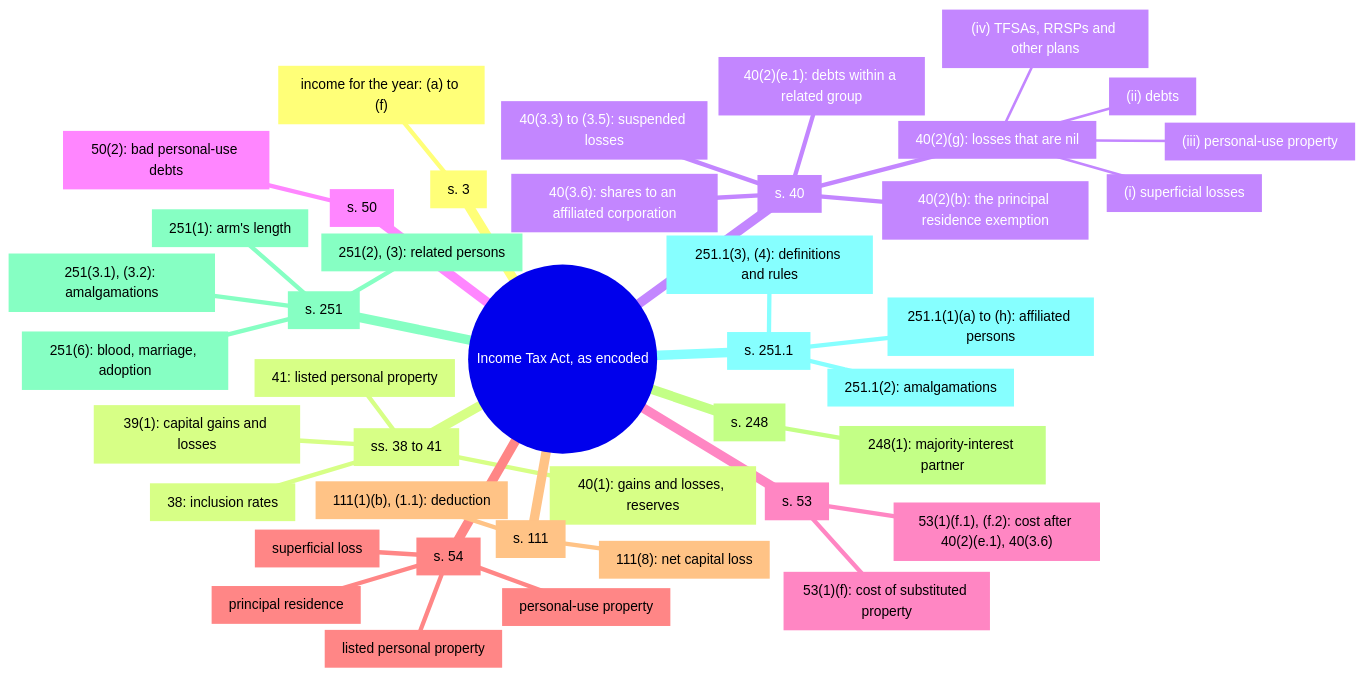
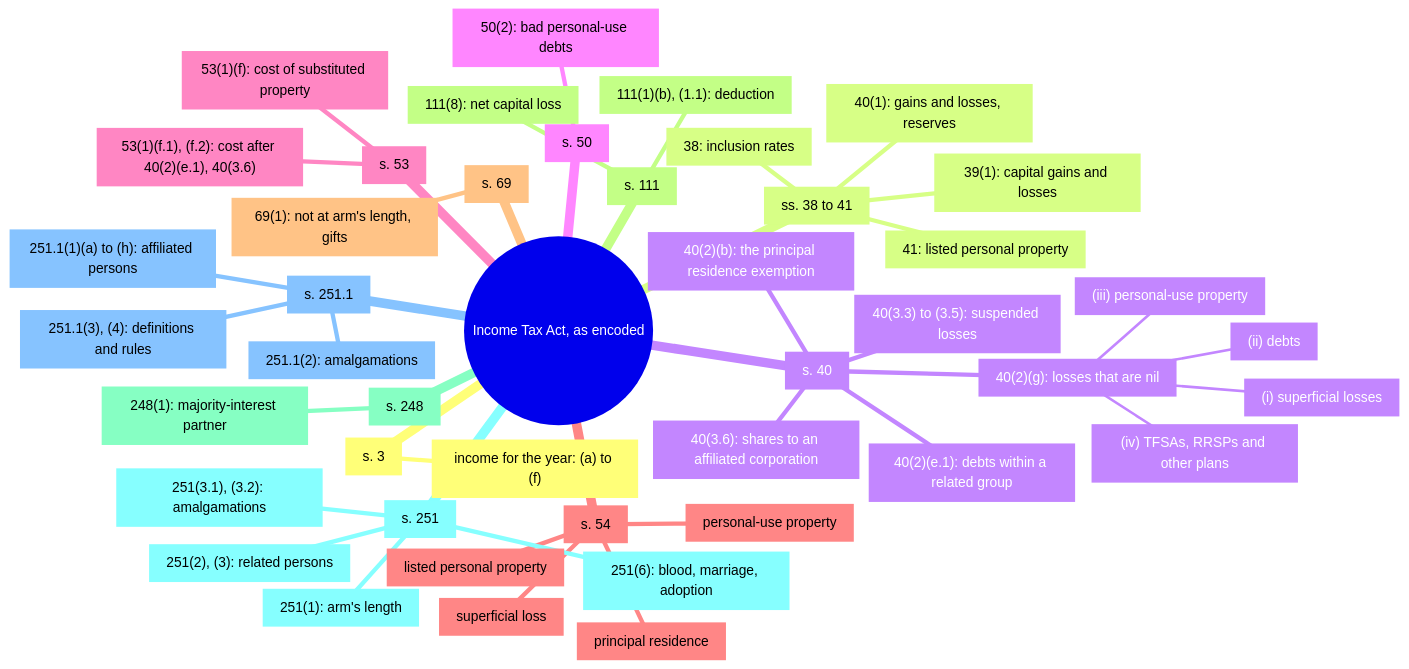
The fourth of 4 diagrams in docs/graphs/dashboard.md (SeanWMurray/Canteen), drawn with Mermaid before and after one commit. The commit also changed other lines of this file and 14 other files, not shown here.

First line of the commit message:
Encode subsection 69(1): transfers not at arm's length, and gifts

````diff
--- a/docs/graphs/dashboard.md
+++ b/docs/graphs/dashboard.md
@@ -66,45 +66,47 @@
 ```mermaid
 mindmap
   root((Income Tax Act, as encoded))
     n0["`s. 3`"]
       n1["`income for the year: (a) to (f)`"]
     n2["`ss. 38 to 41`"]
       n3["`38: inclusion rates`"]
       n4["`39(1): capital gains and losses`"]
       n5["`40(1): gains and losses, reserves`"]
       n6["`41: listed personal property`"]
     n7["`s. 40`"]
       n8["`40(2)(b): the principal residence exemption`"]
       n9["`40(2)(g): losses that are nil`"]
         n10["`(i) superficial losses`"]
         n11["`(ii) debts`"]
         n12["`(iii) personal-use property`"]
         n13["`(iv) TFSAs, RRSPs and other plans`"]
       n14["`40(2)(e.1): debts within a related group`"]
       n15["`40(3.3) to (3.5): suspended losses`"]
       n16["`40(3.6): shares to an affiliated corporation`"]
     n17["`s. 50`"]
       n18["`50(2): bad personal-use debts`"]
     n19["`s. 53`"]
       n20["`53(1)(f): cost of substituted property`"]
       n21["`53(1)(f.1), (f.2): cost after 40(2)(e.1), 40(3.6)`"]
     n22["`s. 54`"]
       n23["`superficial loss`"]
       n24["`principal residence`"]
       n25["`personal-use property`"]
       n26["`listed personal property`"]
-    n27["`s. 111`"]
-      n28["`111(8): net capital loss`"]
-      n29["`111(1)(b), (1.1): deduction`"]
-    n30["`s. 248`"]
-      n31["`248(1): majority-interest partner`"]
-    n32["`s. 251`"]
-      n33["`251(1): arm's length`"]
-      n34["`251(2), (3): related persons`"]
-      n35["`251(3.1), (3.2): amalgamations`"]
-      n36["`251(6): blood, marriage, adoption`"]
-    n37["`s. 251.1`"]
-      n38["`251.1(1)(a) to (h): affiliated persons`"]
-      n39["`251.1(2): amalgamations`"]
-      n40["`251.1(3), (4): definitions and rules`"]
+    n27["`s. 69`"]
+      n28["`69(1): not at arm's length, gifts`"]
+    n29["`s. 111`"]
+      n30["`111(8): net capital loss`"]
+      n31["`111(1)(b), (1.1): deduction`"]
+    n32["`s. 248`"]
+      n33["`248(1): majority-interest partner`"]
+    n34["`s. 251`"]
+      n35["`251(1): arm's length`"]
+      n36["`251(2), (3): related persons`"]
+      n37["`251(3.1), (3.2): amalgamations`"]
+      n38["`251(6): blood, marriage, adoption`"]
+    n39["`s. 251.1`"]
+      n40["`251.1(1)(a) to (h): affiliated persons`"]
+      n41["`251.1(2): amalgamations`"]
+      n42["`251.1(3), (4): definitions and rules`"]
 ```
````
